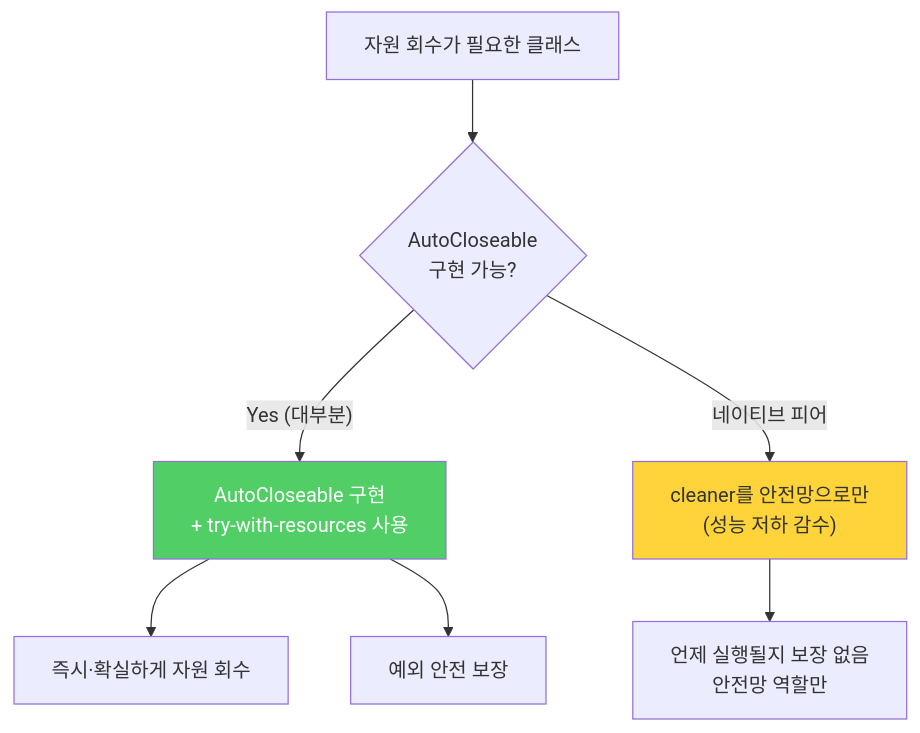
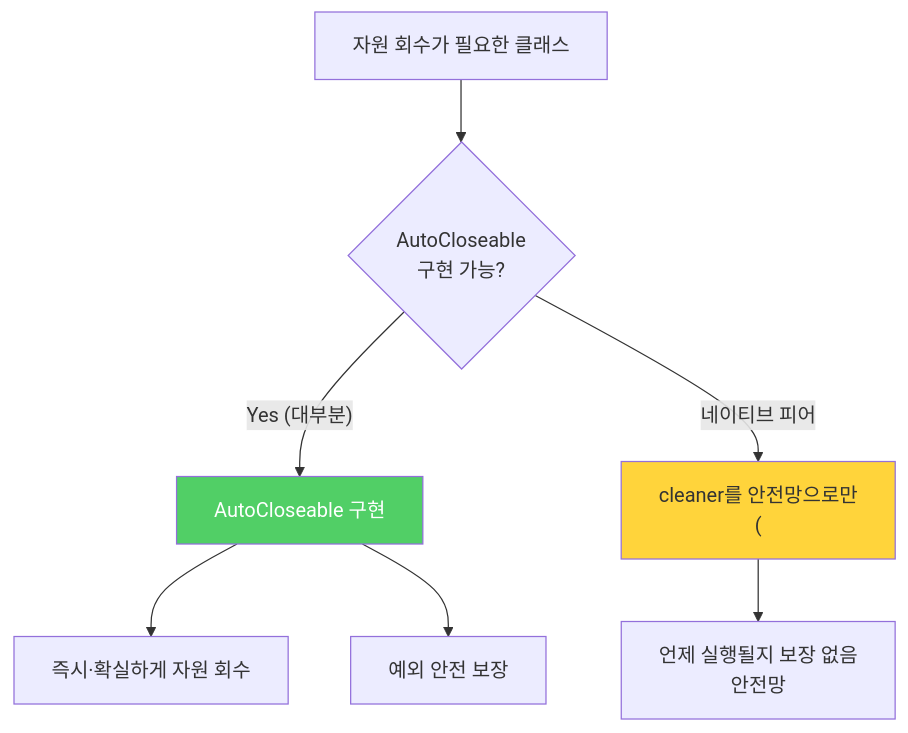
One commit to yjkim2015/yjkim2015.github.io changed the third of 3 diagrams in _posts/java/2021-12-20-effective-java8.md. Above: the diagram before and after it, drawn with Mermaid. The commit also changed other lines of this file and 271 other files, not shown here.

First line of the commit message:
Mermaid 라벨 축소: 긴 노드 텍스트 18자 이하로 트림 + \n 제거

````diff
--- a/_posts/java/2021-12-20-effective-java8.md
+++ b/_posts/java/2021-12-20-effective-java8.md
@@ -250,11 +250,11 @@
 ```mermaid
 graph TD
     A["자원 회수가 필요한 클래스"] --> B{"AutoCloseable\n구현 가능?"}
-    B -->|"Yes (대부분)"| C["AutoCloseable 구현\n+ try-with-resources 사용"]
-    B -->|"네이티브 피어"| D["cleaner를 안전망으로만\n(성능 저하 감수)"]
+    B -->|"Yes (대부분)"| C["AutoCloseable 구현\n"]
+    B -->|"네이티브 피어"| D["cleaner를 안전망으로만\n("]
     C --> C1["즉시·확실하게 자원 회수"]
     C --> C2["예외 안전 보장"]
-    D --> D1["언제 실행될지 보장 없음\n안전망 역할만"]
+    D --> D1["언제 실행될지 보장 없음\n안전망"]
     style C fill:#51cf66,color:#fff
     style D fill:#ffd43b
 ```
````
